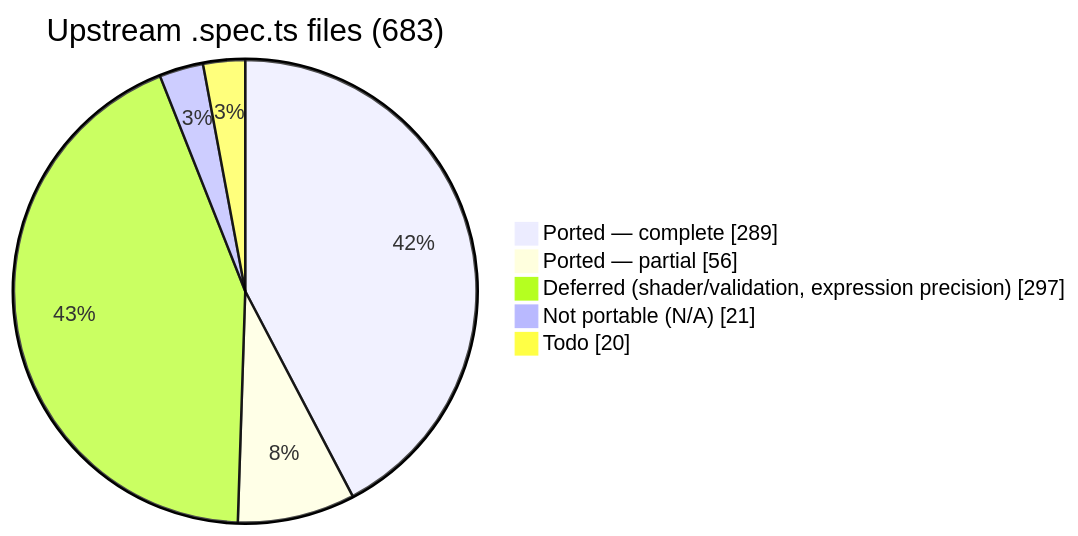
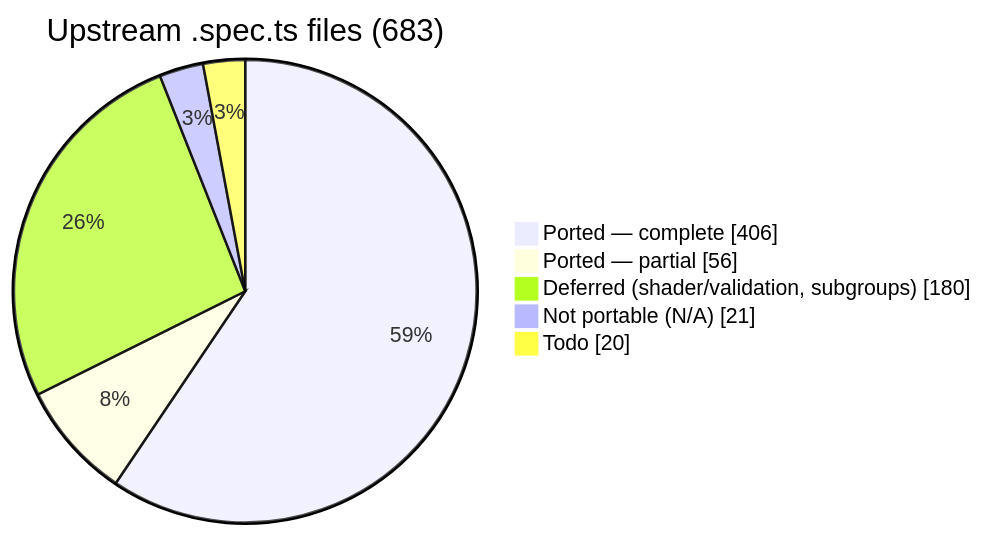
One commit to infosia/webgpu-native-cts changed the first of 2 diagrams in README.md. Above: the diagram before and after it, drawn with Mermaid. The commit also changed other lines of this file and 1 other file, not shown here.

First line of the commit message:
docs: phaseY13 complete + F-120 resolved — whole-suite re-sweep (2026-06-20, 4 backends)

````diff
--- a/README.md
+++ b/README.md
@@ -119,9 +128,9 @@
 ```mermaid
 pie showData
     title Upstream .spec.ts files (683)
-    "Ported — complete" : 289
+    "Ported — complete" : 406
     "Ported — partial" : 56
-    "Deferred (shader/validation, expression precision)" : 297
+    "Deferred (shader/validation, subgroups)" : 180
     "Not portable (N/A)" : 21
     "Todo" : 20
 ```
````
